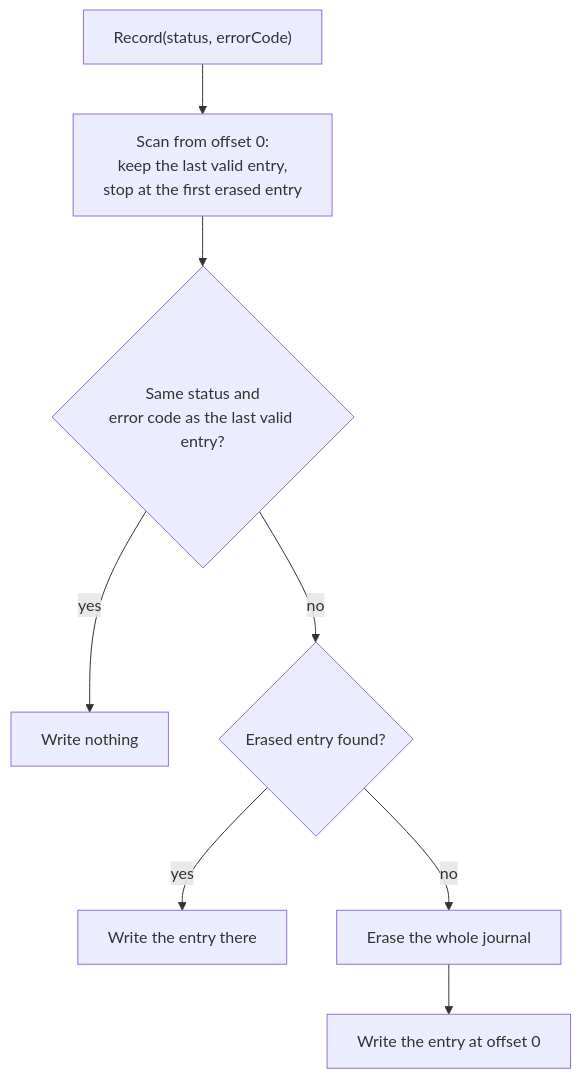
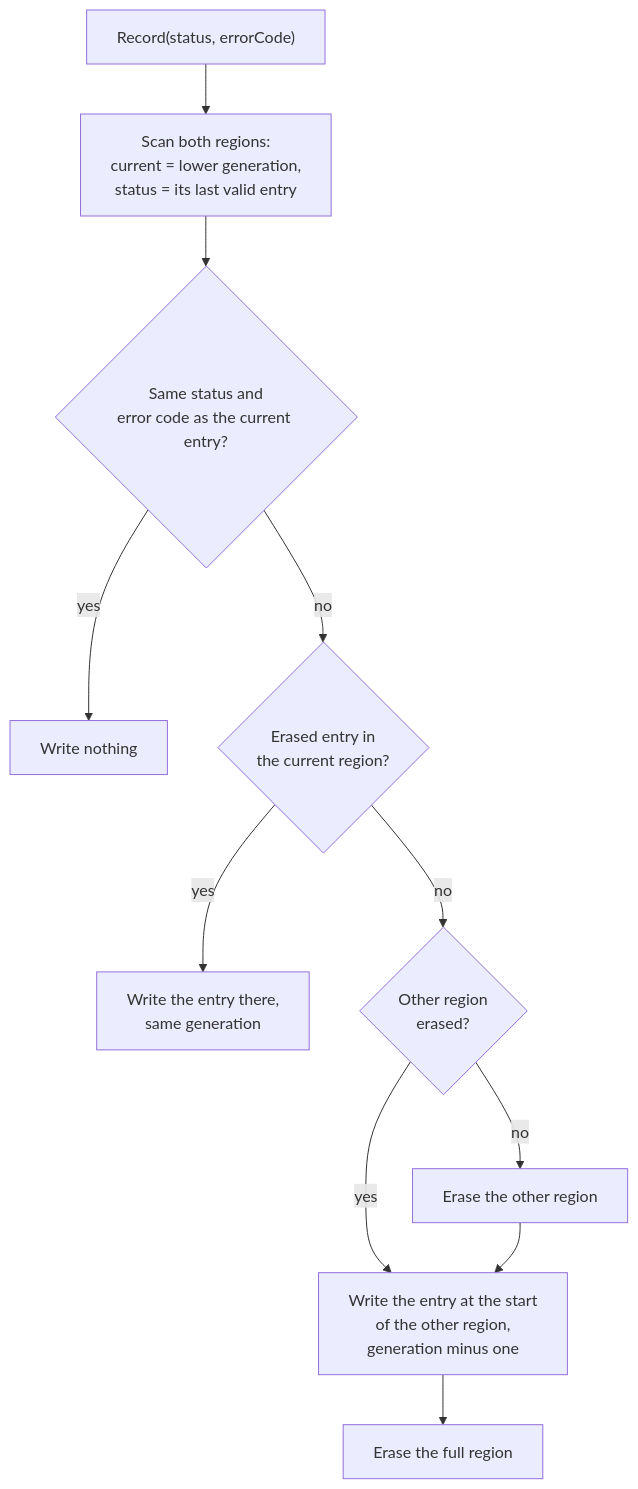
The second of 5 diagrams in docs/Bootloader.md (embedded-pro/embedded-infra-lib), drawn with Mermaid before and after one commit. The commit also changed other lines of this file and 4 other files, not shown here.

First line of the commit message:
fix(bootloader): keep the status journal across a reset during rollover

````diff
--- a/docs/Bootloader.md
+++ b/docs/Bootloader.md
@@ -79,10 +82,13 @@
 ```mermaid
 flowchart TD
-    Record["Record(status, errorCode)"] --> Scan["Scan from offset 0:<br/>keep the last valid entry,<br/>stop at the first erased entry"]
-    Scan --> Same{"Same status and<br/>error code as the last valid entry?"}
+    Record["Record(status, errorCode)"] --> Scan["Scan both regions:<br/>current = lower generation,<br/>status = its last valid entry"]
+    Scan --> Same{"Same status and<br/>error code as the current entry?"}
     Same -- yes --> Done["Write nothing"]
-    Same -- no --> Free{"Erased entry found?"}
-    Free -- yes --> Write["Write the entry there"]
-    Free -- no --> Erase["Erase the whole journal"]
-    Erase --> First["Write the entry at offset 0"]
+    Same -- no --> Free{"Erased entry in<br/>the current region?"}
+    Free -- yes --> Write["Write the entry there,<br/>same generation"]
+    Free -- no --> Blank{"Other region<br/>erased?"}
+    Blank -- no --> EraseOther["Erase the other region"]
+    Blank -- yes --> Move["Write the entry at the start<br/>of the other region,<br/>generation minus one"]
+    EraseOther --> Move
+    Move --> EraseOld["Erase the full region"]
 ```
````
